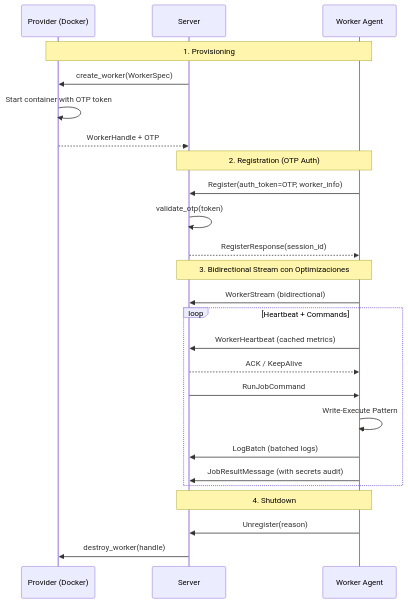
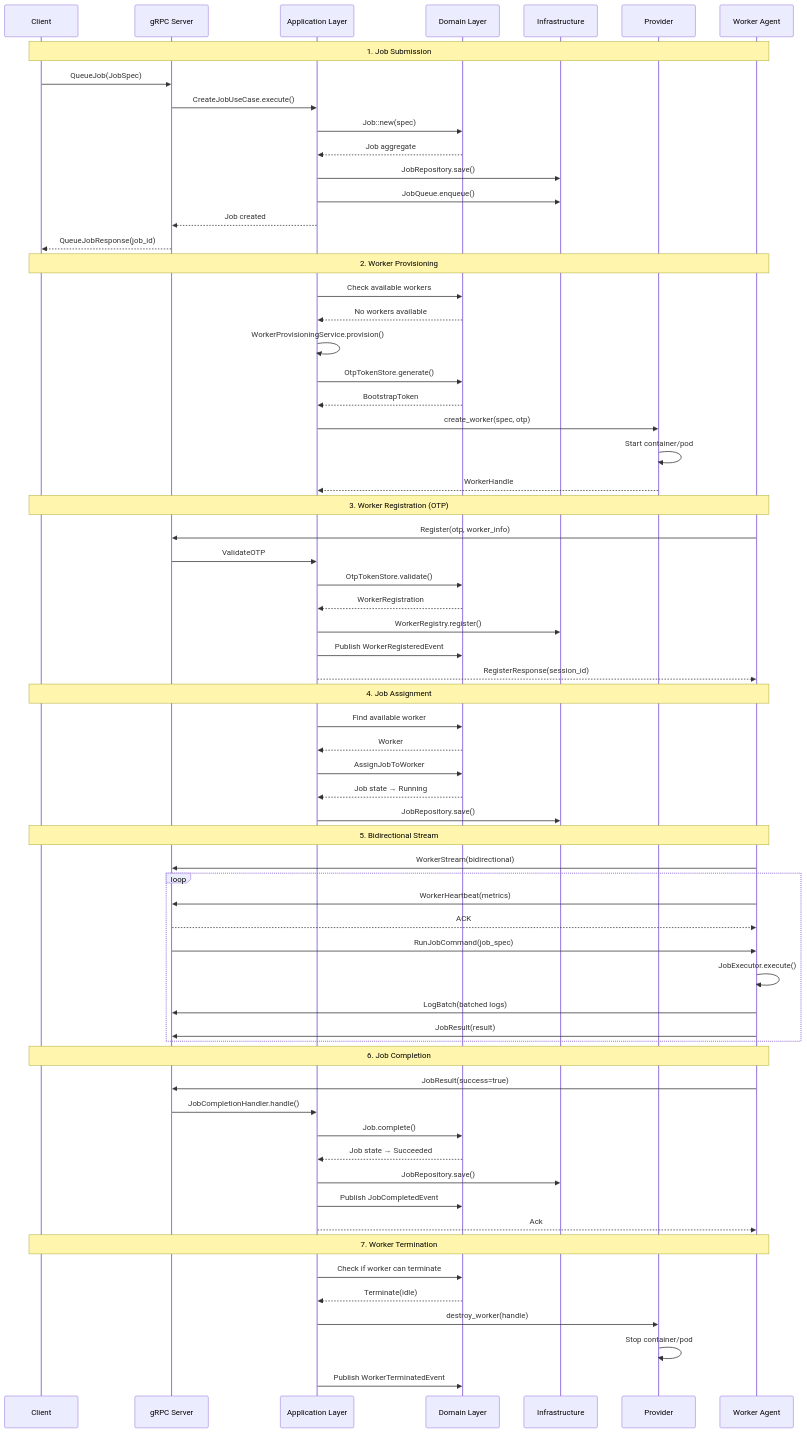
Before and after one commit to Rubentxu/hodei-jobs: the fourth of 7 diagrams in docs/architecture.md, drawn with Mermaid. The commit also changed other lines of this file and 1 other file, not shown here.

First line of the commit message:
fix(application): correct EventBusError import path in health_monitor.rs tests

````diff
--- a/docs/architecture.md
+++ b/docs/architecture.md
@@ -265,32 +2071,73 @@
 ```mermaid
 sequenceDiagram
-    participant P as Provider (Docker)
-    participant S as Server
+    participant C as Client
+    participant G as gRPC Server
+    participant A as Application Layer
+    participant D as Domain Layer
+    participant I as Infrastructure
+    participant P as Provider
     participant W as Worker Agent
 
-    Note over P,W: 1. Provisioning
-    S->>P: create_worker(WorkerSpec)
-    P->>P: Start container with OTP token
-    P-->>S: WorkerHandle + OTP
+    Note over C,W: 1. Job Submission
+    C->>G: QueueJob(JobSpec)
+    G->>A: CreateJobUseCase.execute()
+    A->>D: Job::new(spec)
+    D-->>A: Job aggregate
+    A->>I: JobRepository.save()
+    A->>I: JobQueue.enqueue()
+    A-->>G: Job created
+    G-->>C: QueueJobResponse(job_id)
 
-    Note over S,W: 2. Registration (OTP Auth)
-    W->>S: Register(auth_token=OTP, worker_info)
-    S->>S: validate_otp(token)
-    S-->>W: RegisterResponse(session_id)
+    Note over C,W: 2. Worker Provisioning
+    A->>D: Check available workers
+    D-->>A: No workers available
+    A->>A: WorkerProvisioningService.provision()
+    A->>D: OtpTokenStore.generate()
+    D-->>A: BootstrapToken
+    A->>P: create_worker(spec, otp)
+    P->>P: Start container/pod
+    P-->>A: WorkerHandle
 
-    Note over S,W: 3. Bidirectional Stream con Optimizaciones
-    W->>S: WorkerStream (bidirectional)
+    Note over C,W: 3. Worker Registration (OTP)
+    W->>G: Register(otp, worker_info)
+    G->>A: ValidateOTP
+    A->>D: OtpTokenStore.validate()
+    D-->>A: WorkerRegistration
+    A->>I: WorkerRegistry.register()
+    A->>D: Publish WorkerRegisteredEvent
+    A-->>W: RegisterResponse(session_id)
 
-    loop Heartbeat + Commands
-        W->>S: WorkerHeartbeat (cached metrics)
-        S-->>W: ACK / KeepAlive
-        S->>W: RunJobCommand
-        W->>W: Write-Execute Pattern
-        W->>S: LogBatch (batched logs)
-        W->>S: JobResultMessage (with secrets audit)
+    Note over C,W: 4. Job Assignment
+    A->>D: Find available worker
+    D-->>A: Worker
+    A->>D: AssignJobToWorker
+    D-->>A: Job state → Running
+    A->>I: JobRepository.save()
+
+    Note over C,W: 5. Bidirectional Stream
+    W->>G: WorkerStream(bidirectional)
+    loop
+        W->>G: WorkerHeartbeat(metrics)
+        G-->>W: ACK
+        G->>W: RunJobCommand(job_spec)
+        W->>W: JobExecutor.execute()
+        W->>G: LogBatch(batched logs)
+        W->>G: JobResult(result)
     end
 
-    Note over S,W: 4. Shutdown
-    W->>S: Unregister(reason)
-    S->>P: destroy_worker(handle)
+    Note over C,W: 6. Job Completion
+    W->>G: JobResult(success=true)
+    G->>A: JobCompletionHandler.handle()
+    A->>D: Job.complete()
+    D-->>A: Job state → Succeeded
+    A->>I: JobRepository.save()
+    A->>D: Publish JobCompletedEvent
+    A-->>W: Ack
+
+    Note over C,W: 7. Worker Termination
+    A->>D: Check if worker can terminate
+    D-->>A: Terminate(idle)
+    A->>P: destroy_worker(handle)
+    P->>P: Stop container/pod
+    A->>D: Publish WorkerTerminatedEvent
 ```
````
